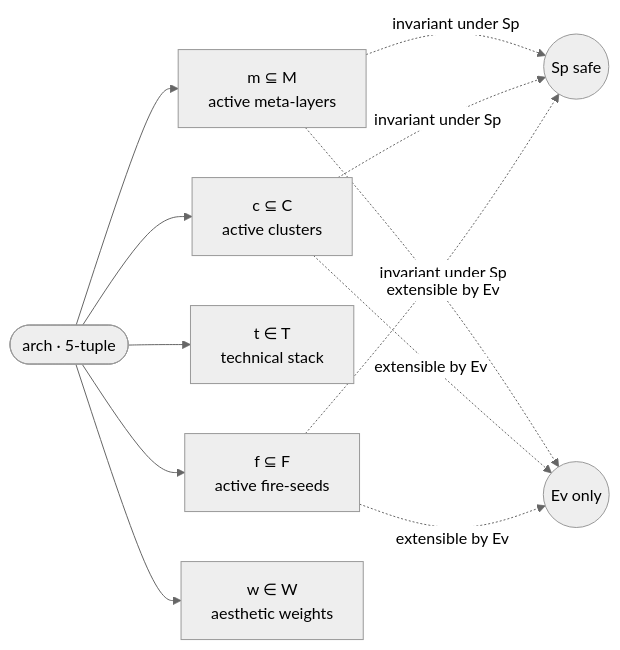
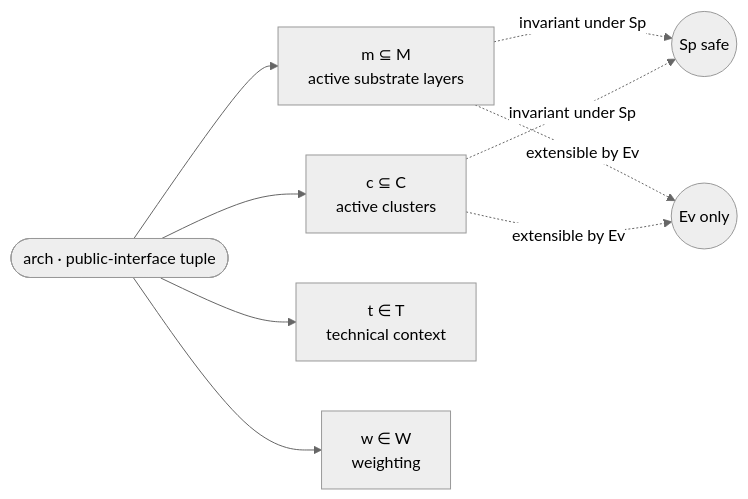
The second of 9 diagrams in visuals.md (LostMaxi/nac-architecture-calculus), drawn with Mermaid (neutral theme) before and after one commit. The commit also changed other lines of this file and 2 other files, not shown here.

````diff
--- a/visuals.md
+++ b/visuals.md
@@ -55,17 +54,14 @@
 ```mermaid
 graph LR
-    ARCH([arch · 5-tuple])
-    ARCH --> m[m ⊆ M<br/>active meta-layers]
+    ARCH([arch · public-interface tuple])
+    ARCH --> m[m ⊆ M<br/>active substrate layers]
     ARCH --> c[c ⊆ C<br/>active clusters]
-    ARCH --> t[t ∈ T<br/>technical stack]
-    ARCH --> f[f ⊆ F<br/>active fire-seeds]
-    ARCH --> w[w ∈ W<br/>aesthetic weights]
+    ARCH --> t[t ∈ T<br/>technical context]
+    ARCH --> w[w ∈ W<br/>weighting]
 
     m -.invariant under Sp.-> Sp_marker((Sp safe))
     c -.invariant under Sp.-> Sp_marker
-    f -.invariant under Sp.-> Sp_marker
 
     m -.extensible by Ev.-> Ev_marker((Ev only))
     c -.extensible by Ev.-> Ev_marker
-    f -.extensible by Ev.-> Ev_marker
 ```
````
